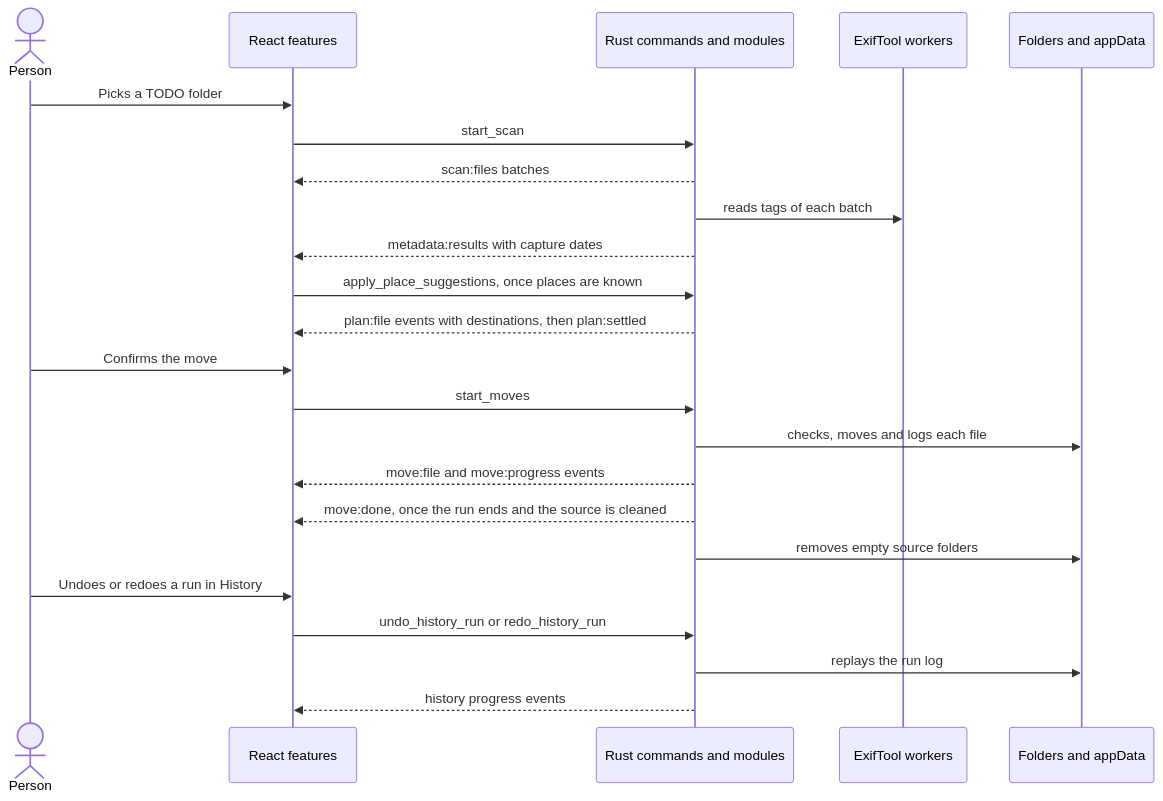
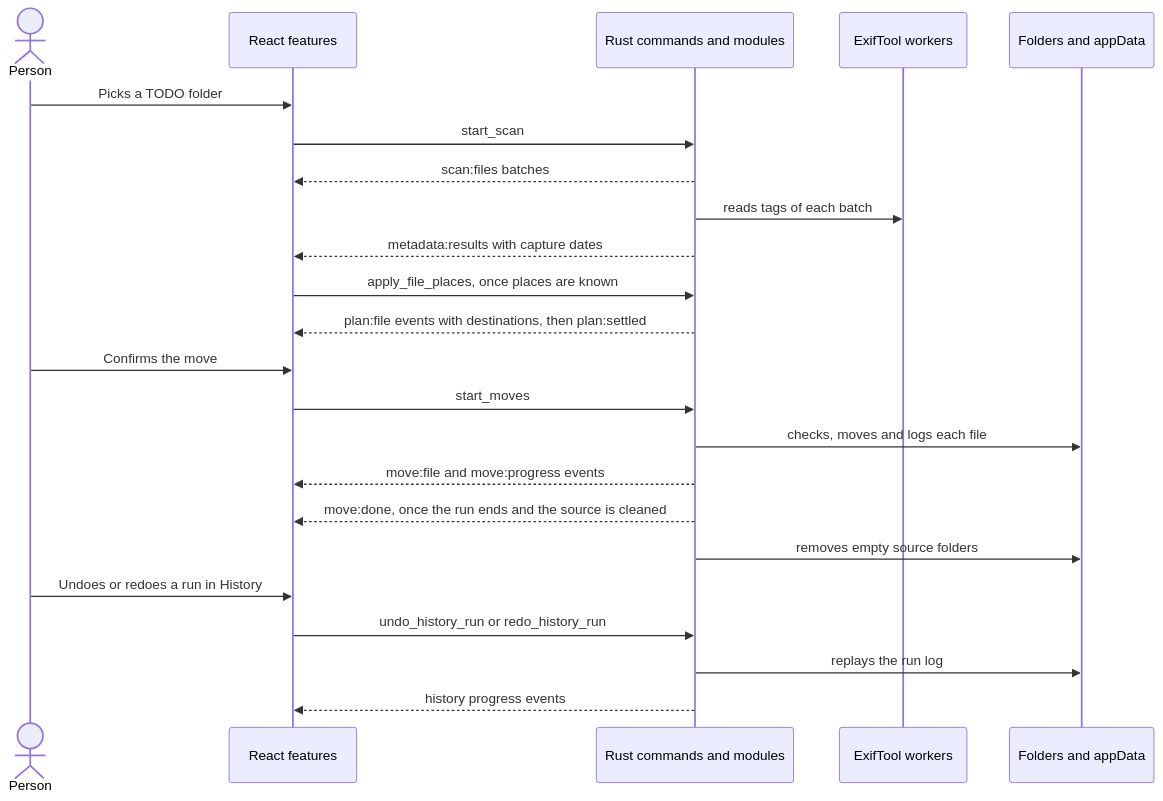
Before and after one commit to oleg-chibikov/media-organizer: the second of 3 diagrams in docs/architecture.md, drawn with Mermaid. The commit also changed other lines of this file and 238 other files, not shown here.

````diff
--- a/docs/architecture.md
+++ b/docs/architecture.md
@@ -36,25 +36,25 @@
 ```mermaid
 sequenceDiagram
   actor Person
   participant UI as React features
   participant Rust as Rust commands and modules
   participant Exif as ExifTool workers
   participant Disk as Folders and appData
   Person->>UI: Picks a TODO folder
   UI->>Rust: start_scan
   Rust-->>UI: scan:files batches
   Rust->>Exif: reads tags of each batch
   Rust-->>UI: metadata:results with capture dates
-  UI->>Rust: apply_place_suggestions, once places are known
+  UI->>Rust: apply_file_places, once places are known
   Rust-->>UI: plan:file events with destinations, then plan:settled
   Person->>UI: Confirms the move
   UI->>Rust: start_moves
   Rust->>Disk: checks, moves and logs each file
   Rust-->>UI: move:file and move:progress events
   Rust-->>UI: move:done, once the run ends and the source is cleaned
   Rust->>Disk: removes empty source folders
   Person->>UI: Undoes or redoes a run in History
   UI->>Rust: undo_history_run or redo_history_run
   Rust->>Disk: replays the run log
   Rust-->>UI: history progress events
 ```
````
